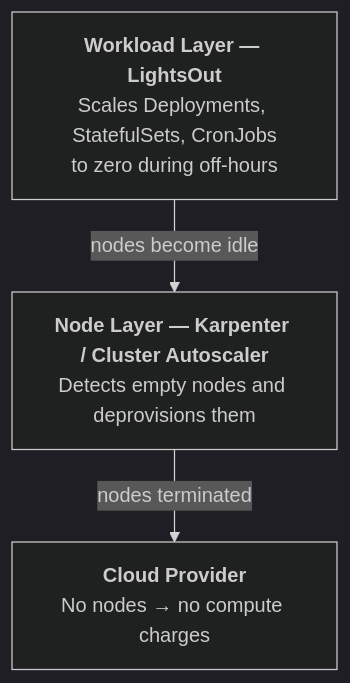
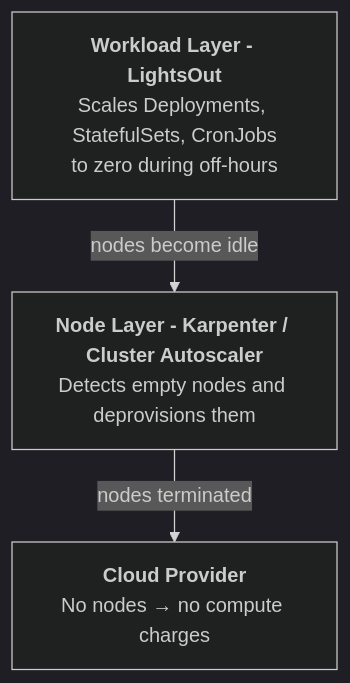
The first of 2 diagrams in docs/architecture.md (gjorgji-ts/lightsout), drawn with Mermaid (dark theme) before and after one commit. The commit also changed other lines of this file and 22 other files, not shown here.

````diff
--- a/docs/architecture.md
+++ b/docs/architecture.md
@@ -11,9 +11,9 @@
 ```mermaid
 flowchart TD
-    LO["<b>Workload Layer — LightsOut</b><br/>Scales Deployments, StatefulSets, CronJobs<br/>to zero during off-hours"]
-    K["<b>Node Layer — Karpenter / Cluster Autoscaler</b><br/>Detects empty nodes and deprovisions them"]
+    LO["<b>Workload Layer - LightsOut</b><br/>Scales Deployments, StatefulSets, CronJobs<br/>to zero during off-hours"]
+    K["<b>Node Layer - Karpenter / Cluster Autoscaler</b><br/>Detects empty nodes and deprovisions them"]
     C["<b>Cloud Provider</b><br/>No nodes → no compute charges"]
 
     LO -->|"nodes become idle"| K
     K -->|"nodes terminated"| C
 ```
````
